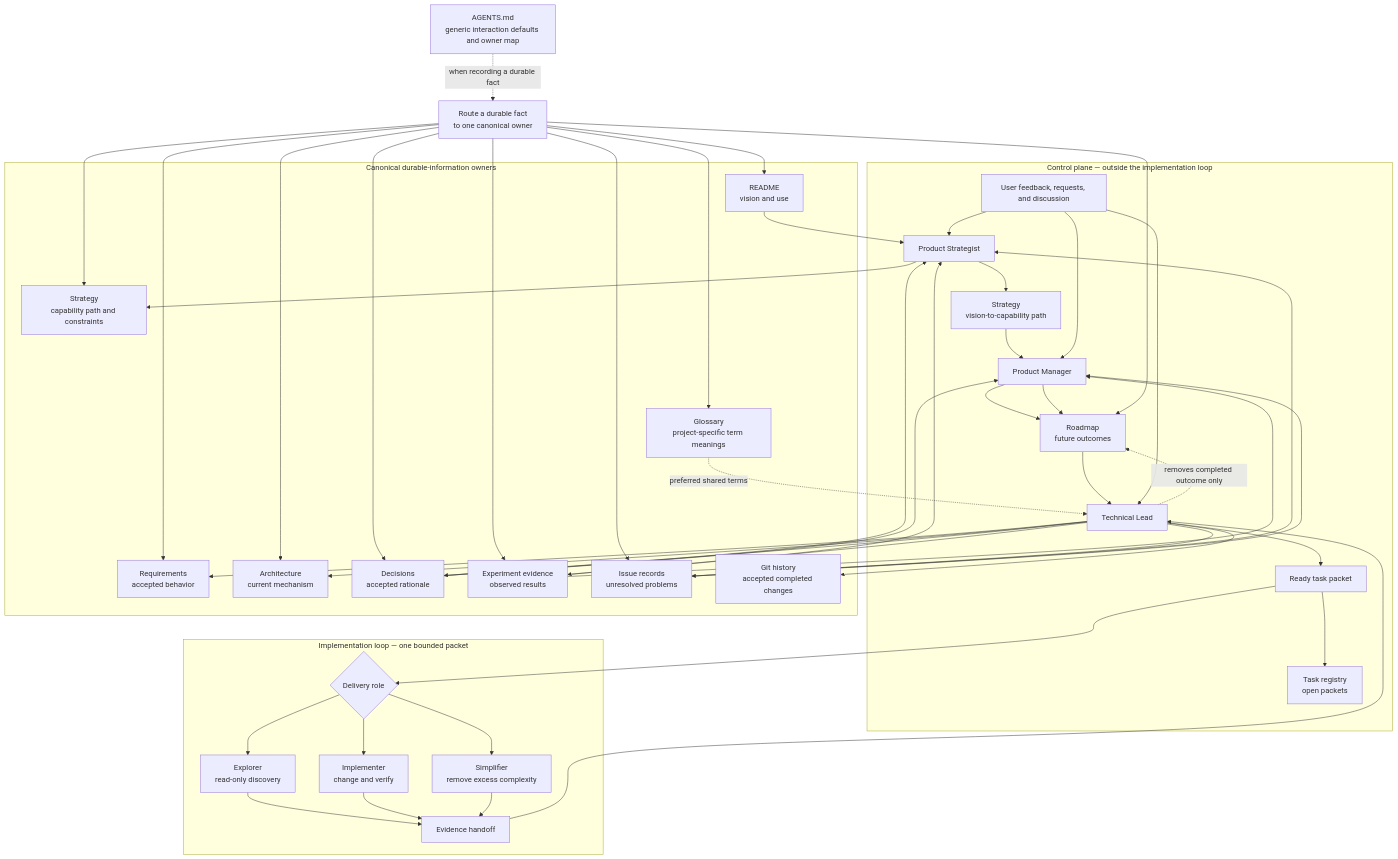
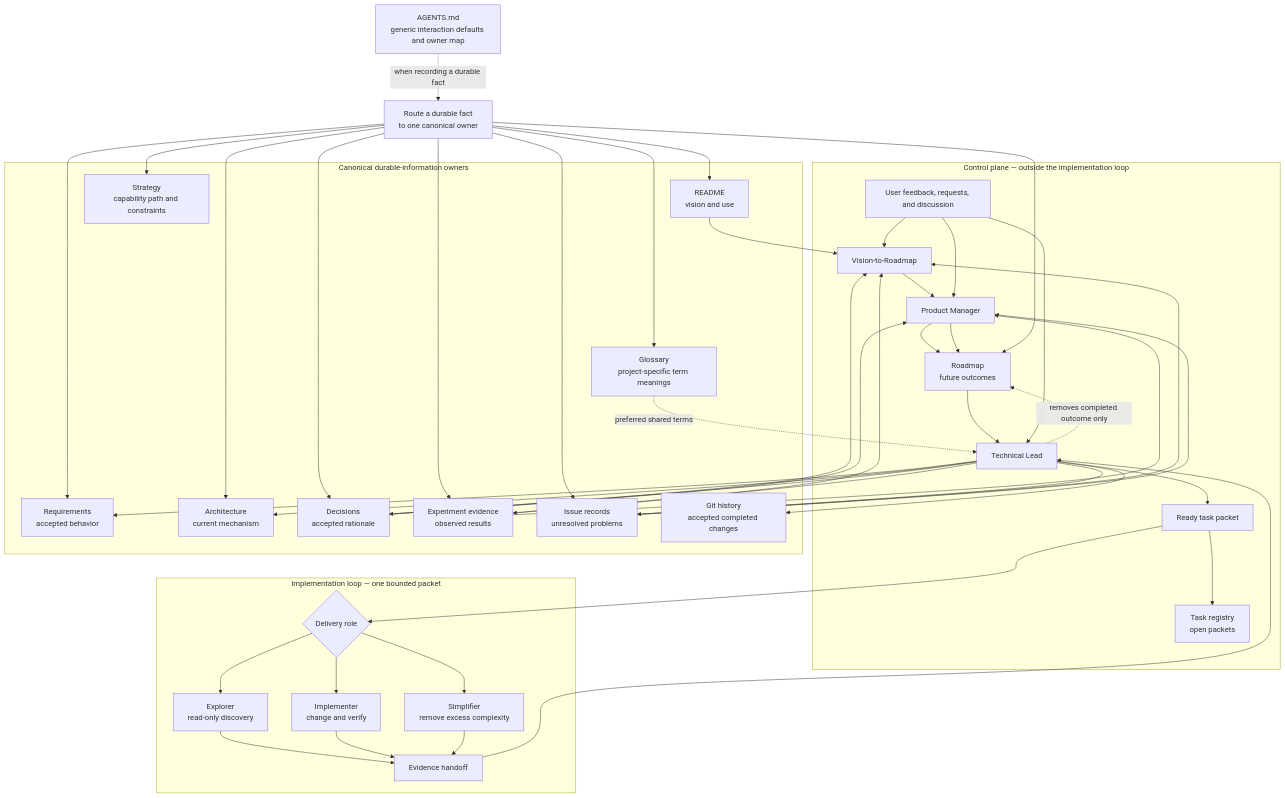
One commit to AlexeyNilov/npc changed the diagram in docs/information-flow.md. Above: the diagram before and after it, drawn with Mermaid. The commit also changed other lines of this file and 3 other files, not shown here.

```diff
--- a/docs/information-flow.md
+++ b/docs/information-flow.md
@@ -10,19 +10,17 @@
   User[User feedback, requests, and discussion]
 
   subgraph Control[Control plane — outside the implementation loop]
-    Strategist[Product Strategist]
-    Strategy[Strategy\nvision-to-capability path]
+    Planner[Vision-to-Roadmap]
     PM[Product Manager]
     Roadmap[Roadmap\nfuture outcomes]
     TechLead[Technical Lead]
     Packet[Ready task packet]
     Registry[Task registry\nopen packets]
 
-    Strategist --> Strategy
-    Strategy --> PM
+    Planner --> PM
     PM --> Roadmap
     Roadmap --> TechLead
-    User --> Strategist
+    User --> Planner
     User --> PM
     User --> TechLead
     TechLead --> Packet
@@ -67,11 +65,10 @@
   TechLead --> History
   TechLead -. removes completed outcome only .-> Roadmap
   Glossary -. preferred shared terms .-> TechLead
-  Strategist --> StrategyOwner
-  Vision --> Strategist
-  Evidence --> Strategist
-  Issues --> Strategist
-  Decisions --> Strategist
+  Vision --> Planner
+  Evidence --> Planner
+  Issues --> Planner
+  Decisions --> Planner
   PM --> Roadmap
   Evidence --> PM
   Issues --> PM
```
